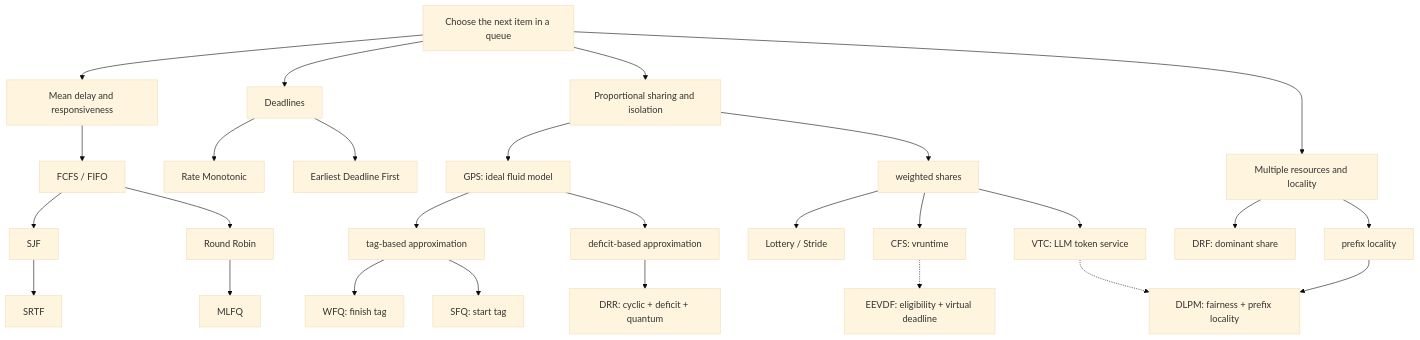
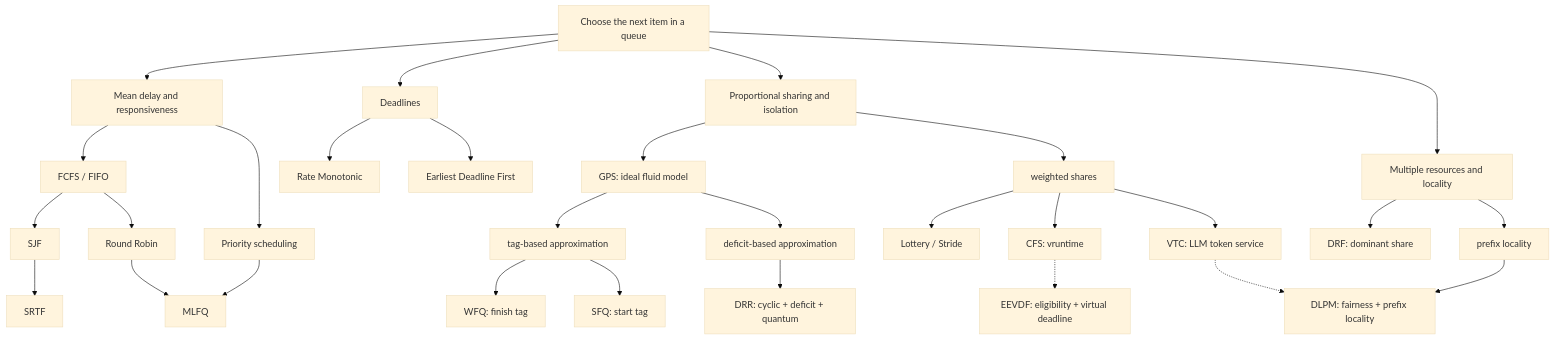
One commit to yoichiozaki/yoichiozaki.github.io changed the first of 2 diagrams in content/blog/en/task-scheduling-algorithms.mdx. Above: the diagram before and after it, drawn with Mermaid (base theme). The commit also changed other lines of this file and 88 other files, not shown here.

````diff
--- a/content/blog/en/task-scheduling-algorithms.mdx
+++ b/content/blog/en/task-scheduling-algorithms.mdx
@@ -39,34 +39,36 @@
 ```mermaid
 flowchart TB
     ROOT["Choose the next item in a queue"]
     ROOT --> LAT["Mean delay and responsiveness"]
     ROOT --> DEAD["Deadlines"]
     ROOT --> FAIR["Proportional sharing and isolation"]
     ROOT --> MULTI["Multiple resources and locality"]
 
     LAT --> FCFS["FCFS / FIFO"]
     FCFS --> SJF["SJF"]
     SJF --> SRTF["SRTF"]
     FCFS --> RR["Round Robin"]
+    LAT --> PRIO["Priority scheduling"]
     RR --> MLFQ["MLFQ"]
+    PRIO --> MLFQ
 
     DEAD --> RM["Rate Monotonic"]
     DEAD --> EDF["Earliest Deadline First"]
 
     FAIR --> GPS["GPS: ideal fluid model"]
     GPS --> TAG["tag-based approximation"]
     TAG --> WFQ["WFQ: finish tag"]
     TAG --> SFQ["SFQ: start tag"]
     GPS --> DEF["deficit-based approximation"]
     DEF --> DRR["DRR: cyclic + deficit + quantum"]
     FAIR --> SHARE["weighted shares"]
     SHARE --> STRIDE["Lottery / Stride"]
     SHARE --> CFS["CFS: vruntime"]
     SHARE --> VTC["VTC: LLM token service"]
     CFS -.-> EEVDF["EEVDF: eligibility + virtual deadline"]
     VTC -.-> DLPM["DLPM: fairness + prefix locality"]
 
     MULTI --> DRF["DRF: dominant share"]
     MULTI --> LOCAL["prefix locality"]
     LOCAL --> DLPM
 ```
````
